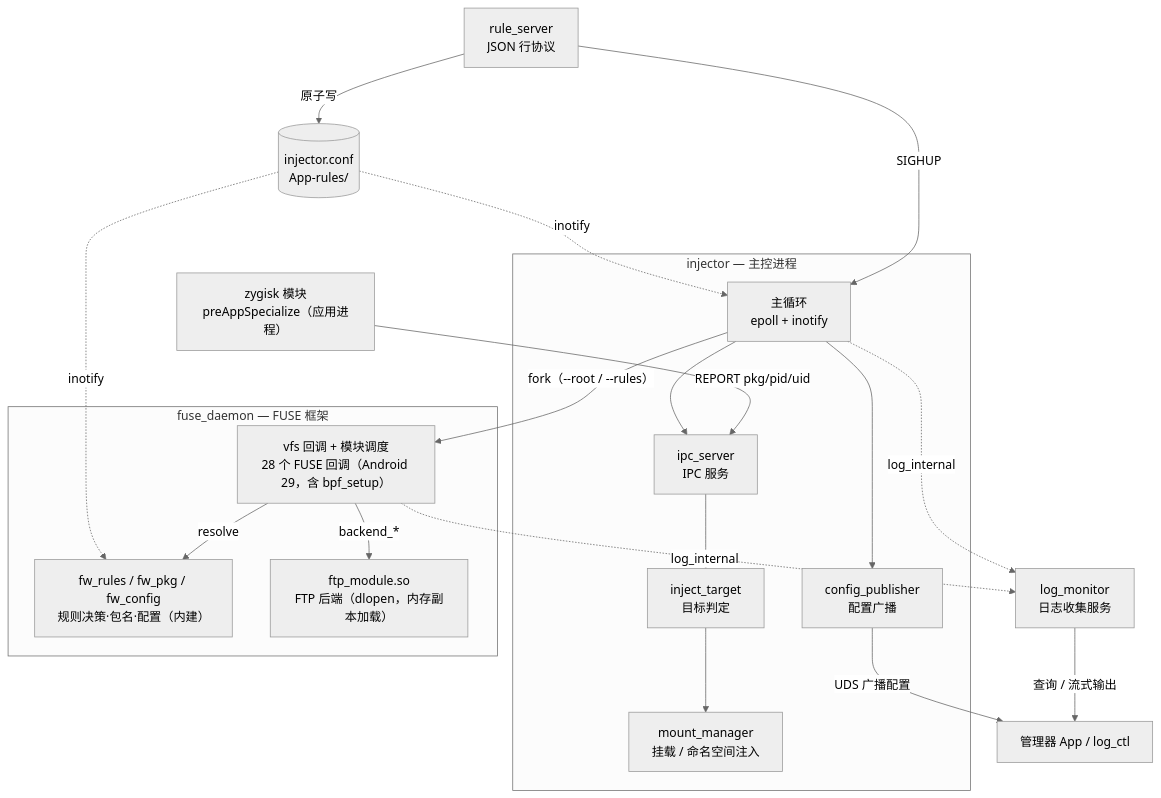
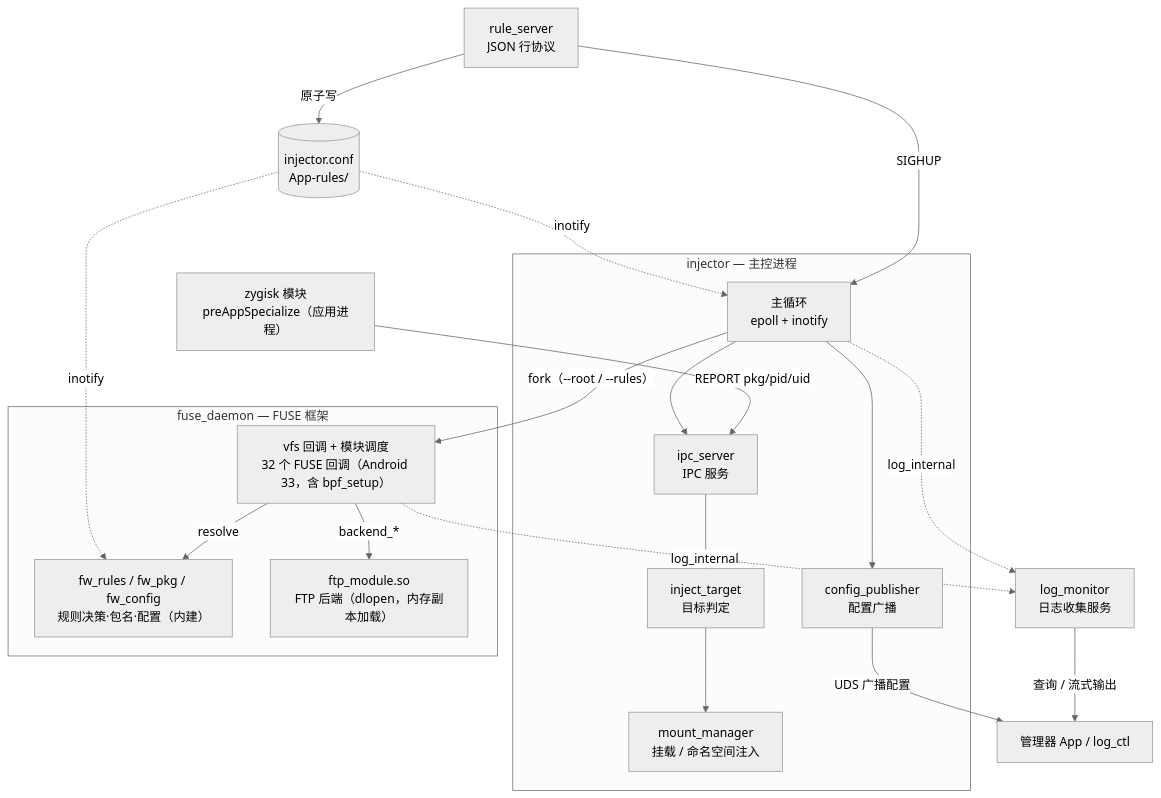
One commit to huniangitb/Fuse-Proxy changed the diagram in docs/architecture.md. Above: the diagram before and after it, drawn with Mermaid (neutral theme). The commit also changed other lines of this file and 5 other files, not shown here.

First line of the commit message:
feat: FUSE 回调补齐与挂载参数对齐 Android 原生行为

````diff
--- a/docs/architecture.md
+++ b/docs/architecture.md
@@ -18,38 +18,38 @@
 ```mermaid
 flowchart TB
     zy["zygisk 模块<br/>preAppSpecialize（应用进程）"]
     conf[("injector.conf<br/>App-rules/")]
     rs["rule_server<br/>JSON 行协议"]
     mgr["管理器 App / log_ctl"]
     lm["log_monitor<br/>日志收集服务"]
 
     subgraph inj["injector — 主控进程"]
         core["主循环<br/>epoll + inotify"]
         ipc["ipc_server<br/>IPC 服务"]
         it["inject_target<br/>目标判定"]
         mm["mount_manager<br/>挂载 / 命名空间注入"]
         cp["config_publisher<br/>配置广播"]
     end
 
     subgraph fd["fuse_daemon — FUSE 框架"]
-        vfs["vfs 回调 + 模块调度<br/>28 个 FUSE 回调（Android 29，含 bpf_setup）"]
+        vfs["vfs 回调 + 模块调度<br/>32 个 FUSE 回调（Android 33，含 bpf_setup）"]
         br["fw_rules / fw_pkg / fw_config<br/>规则决策·包名·配置（内建）"]
         ftp["ftp_module.so<br/>FTP 后端（dlopen，内存副本加载）"]
     end
 
     zy -->|"REPORT pkg/pid/uid"| ipc
     core --> ipc
     core --> cp
     ipc --> it --> mm
     core -->|"fork（--root / --rules）"| vfs
     vfs -->|"resolve"| br
     vfs -->|"backend_*"| ftp
     rs -->|"原子写"| conf
     rs -->|"SIGHUP"| core
     conf -.->|"inotify"| core
     conf -.->|"inotify"| br
     cp -->|"UDS 广播配置"| mgr
     core -.->|"log_internal"| lm
     vfs -.->|"log_internal"| lm
     lm -->|"查询 / 流式输出"| mgr
 ```
````
